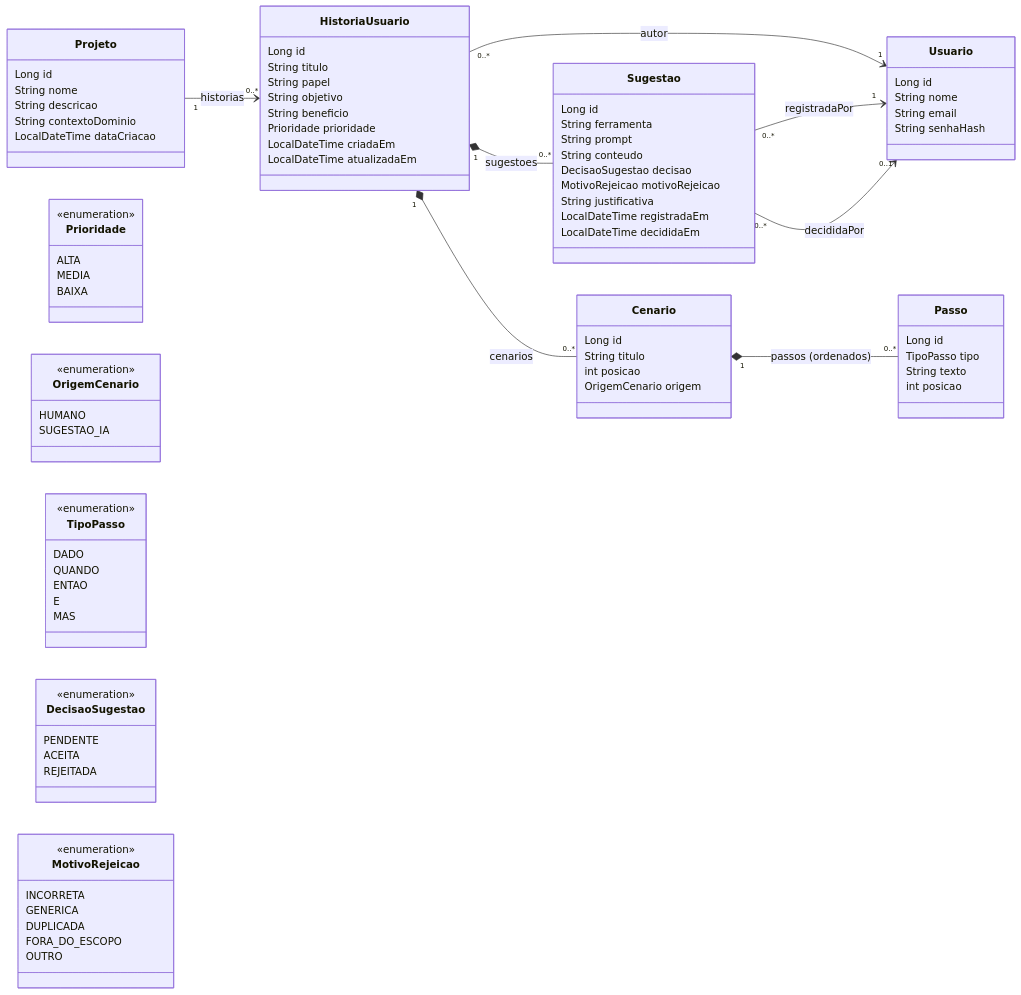
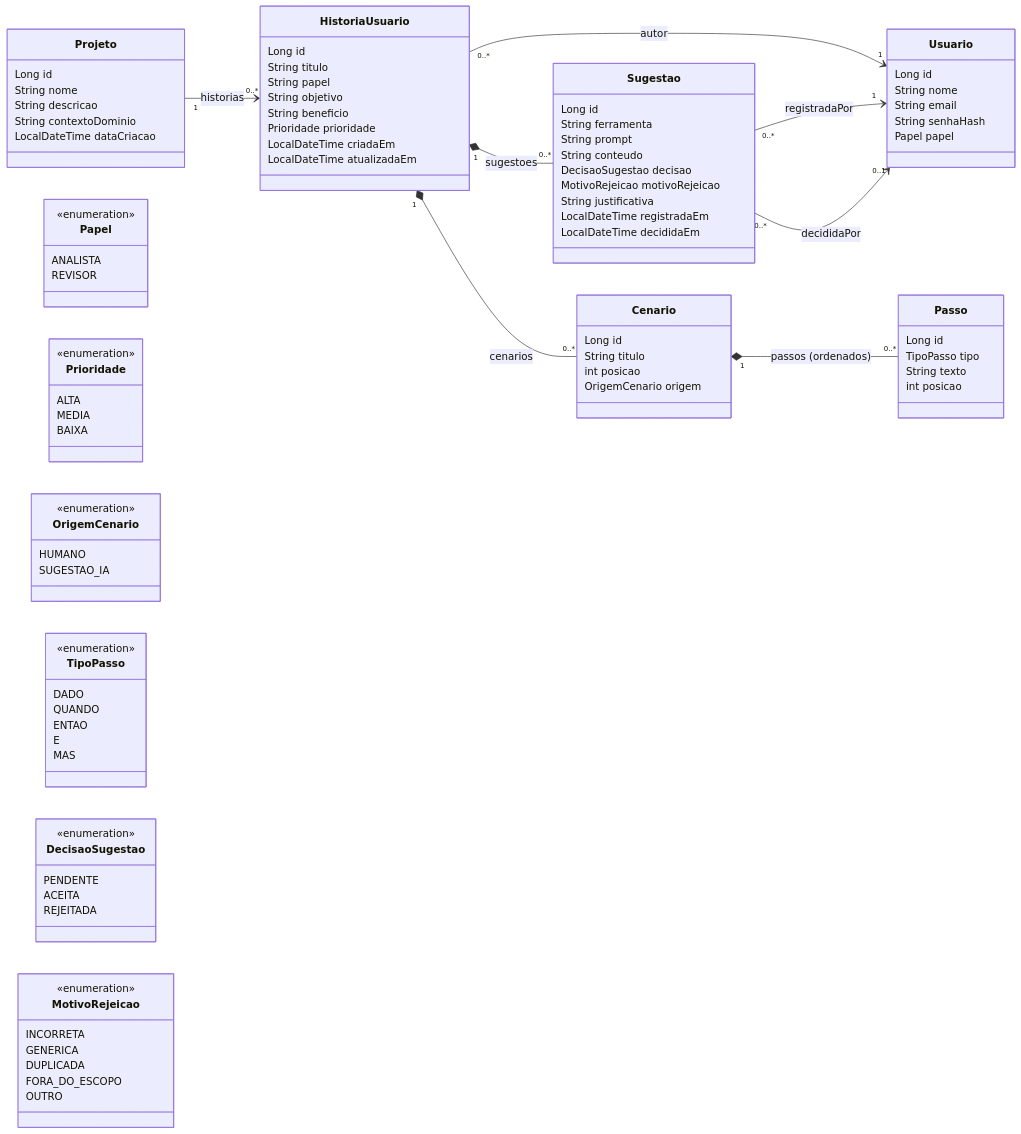
The diagram in docs/diagrama-classes.md (jovenreis/EstudioBDD), drawn with Mermaid before and after one commit. The commit also changed other lines of this file and 48 other files, not shown here.

```diff
--- a/docs/diagrama-classes.md
+++ b/docs/diagrama-classes.md
@@ -11,6 +11,7 @@
         String nome
         String email
         String senhaHash
+        Papel papel
     }
 
     class Projeto {
@@ -58,6 +59,11 @@
         LocalDateTime decididaEm
     }
 
+    class Papel {
+        <<enumeration>>
+        ANALISTA
+        REVISOR
+    }
     class Prioridade {
         <<enumeration>>
         ALTA
```
